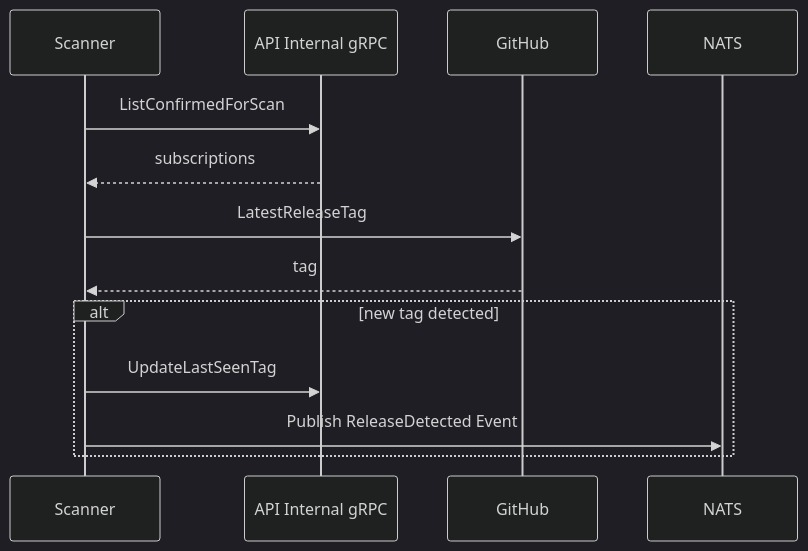
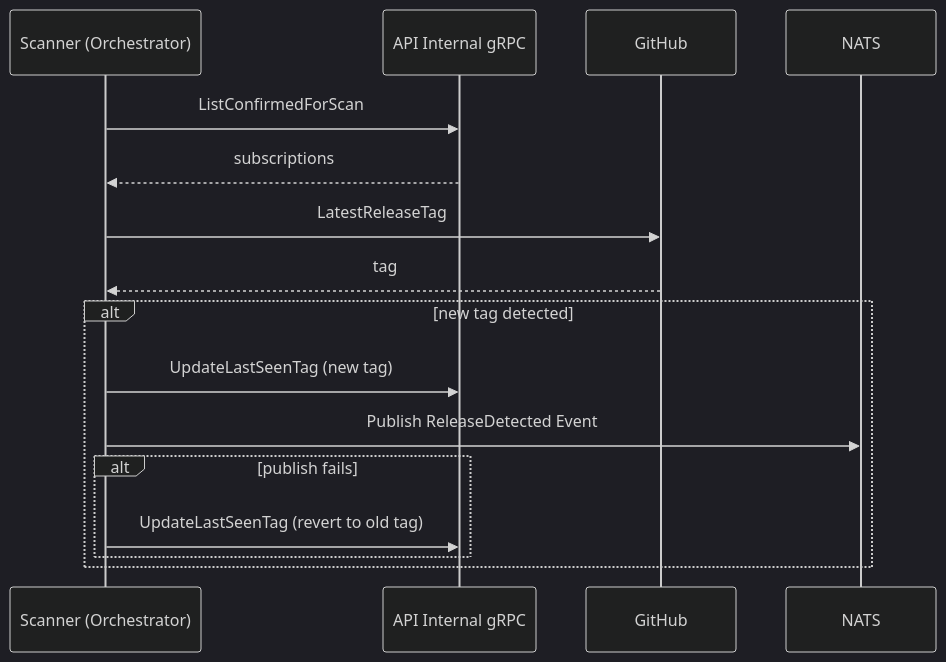
One commit to GenesisEducationKyiv/software-engineering-school-6-0-RainbowHawk1993 changed the third of 4 diagrams in docs/architecture.md. Above: the diagram before and after it, drawn with Mermaid (dark theme). The commit also changed other lines of this file and 4 other files, not shown here.

````diff
--- a/docs/architecture.md
+++ b/docs/architecture.md
@@ -96,16 +96,19 @@
 ```mermaid
 sequenceDiagram
-    participant Scanner
+    participant Scanner as Scanner (Orchestrator)
     participant API as API Internal gRPC
     participant GitHub
     participant NATS
 
     Scanner->>API: ListConfirmedForScan
     API-->>Scanner: subscriptions
     Scanner->>GitHub: LatestReleaseTag
     GitHub-->>Scanner: tag
     alt new tag detected
-        Scanner->>API: UpdateLastSeenTag
+        Scanner->>API: UpdateLastSeenTag (new tag)
         Scanner->>NATS: Publish ReleaseDetected Event
+        alt publish fails
+            Scanner->>API: UpdateLastSeenTag (revert to old tag)
+        end
     end
 ```
````
